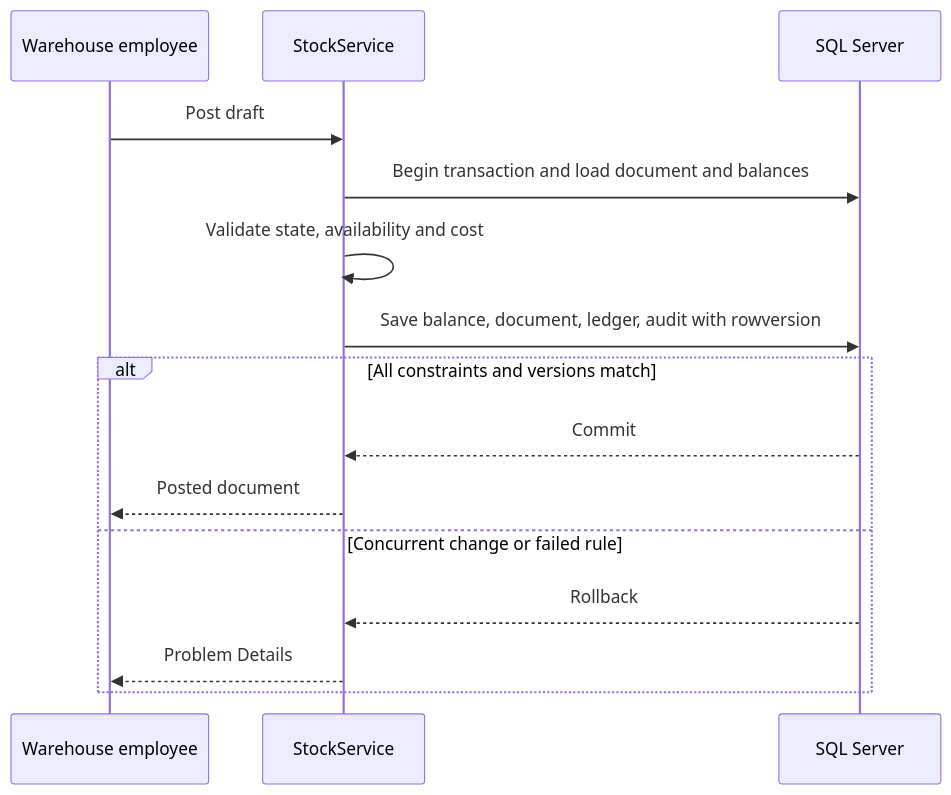
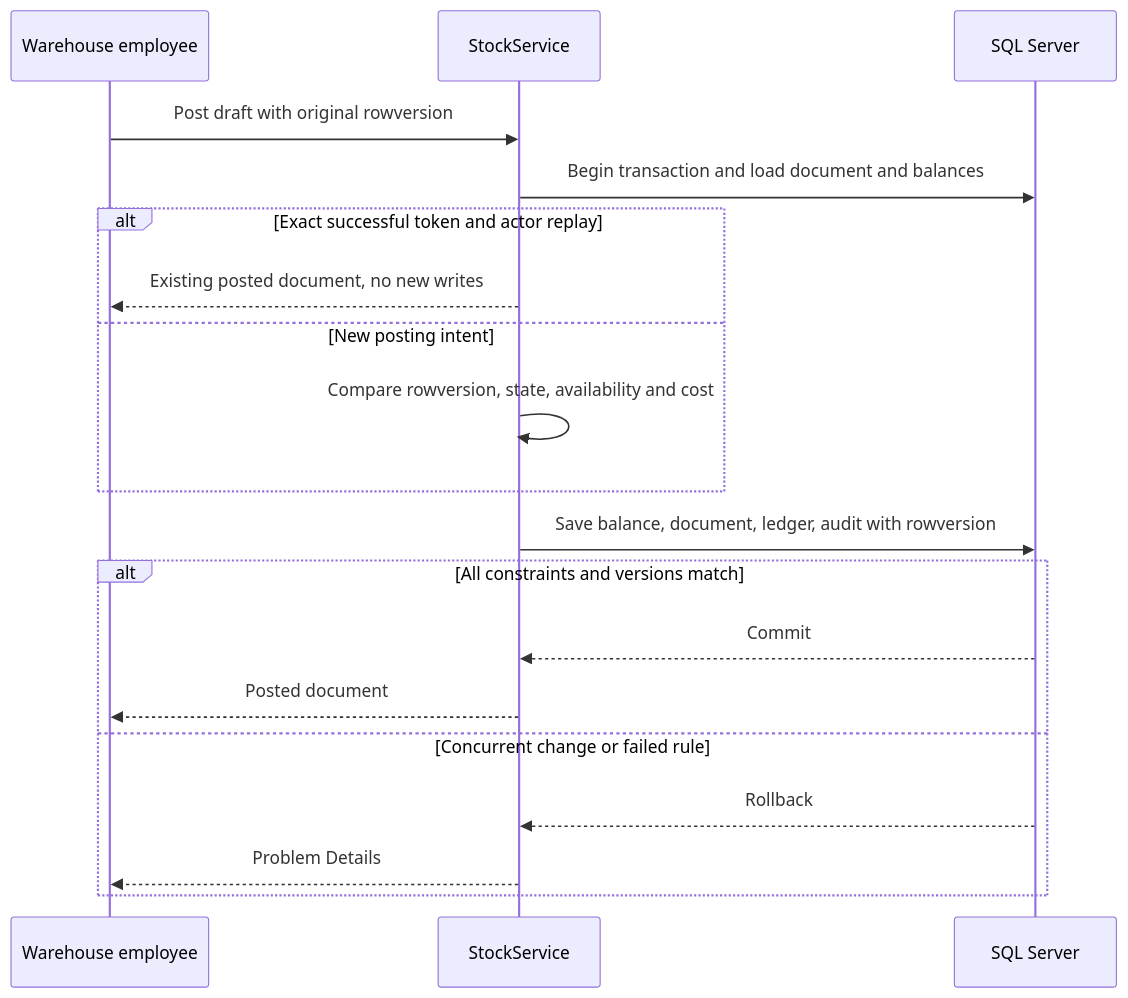
The second of 4 diagrams in docs/diagrams/SEQUENCE_DIAGRAMS.md (tungnguyen2k5vp/Mini-ERP-system), drawn with Mermaid before and after one commit. The commit also changed other lines of this file and 70 other files, not shown here.

```diff
--- a/docs/diagrams/SEQUENCE_DIAGRAMS.md
+++ b/docs/diagrams/SEQUENCE_DIAGRAMS.md
@@ -22,17 +22,21 @@
 ~~~mermaid
 sequenceDiagram
     participant U as Warehouse employee
     participant A as StockService
     participant D as SQL Server
-    U->>A: Post draft
+    U->>A: Post draft with original rowversion
     A->>D: Begin transaction and load document and balances
-    A->>A: Validate state, availability and cost
+    alt Exact successful token and actor replay
+        A-->>U: Existing posted document, no new writes
+    else New posting intent
+        A->>A: Compare rowversion, state, availability and cost
+    end
     A->>D: Save balance, document, ledger, audit with rowversion
     alt All constraints and versions match
         D-->>A: Commit
         A-->>U: Posted document
     else Concurrent change or failed rule
         D-->>A: Rollback
         A-->>U: Problem Details
     end
 ~~~
```
